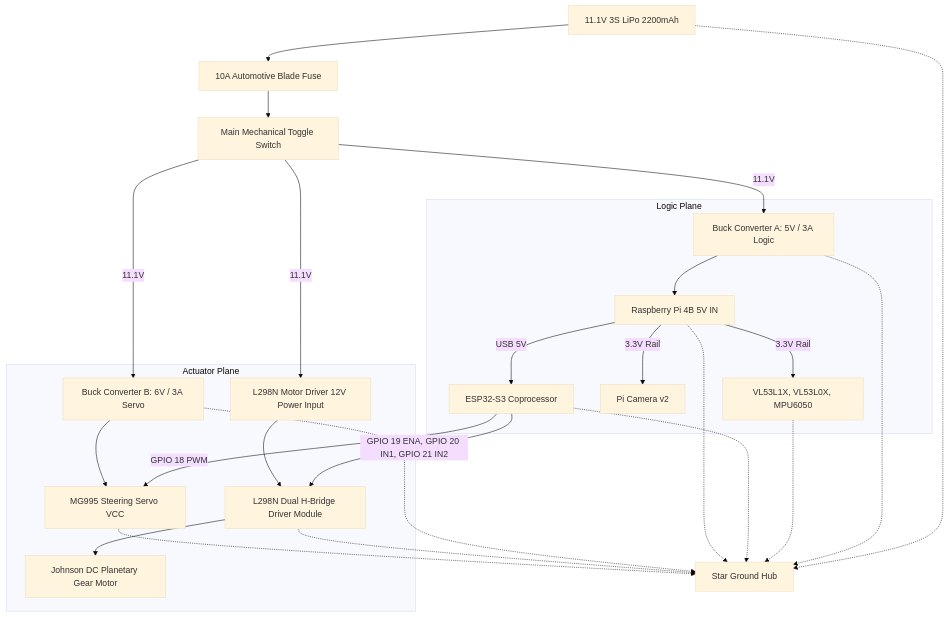
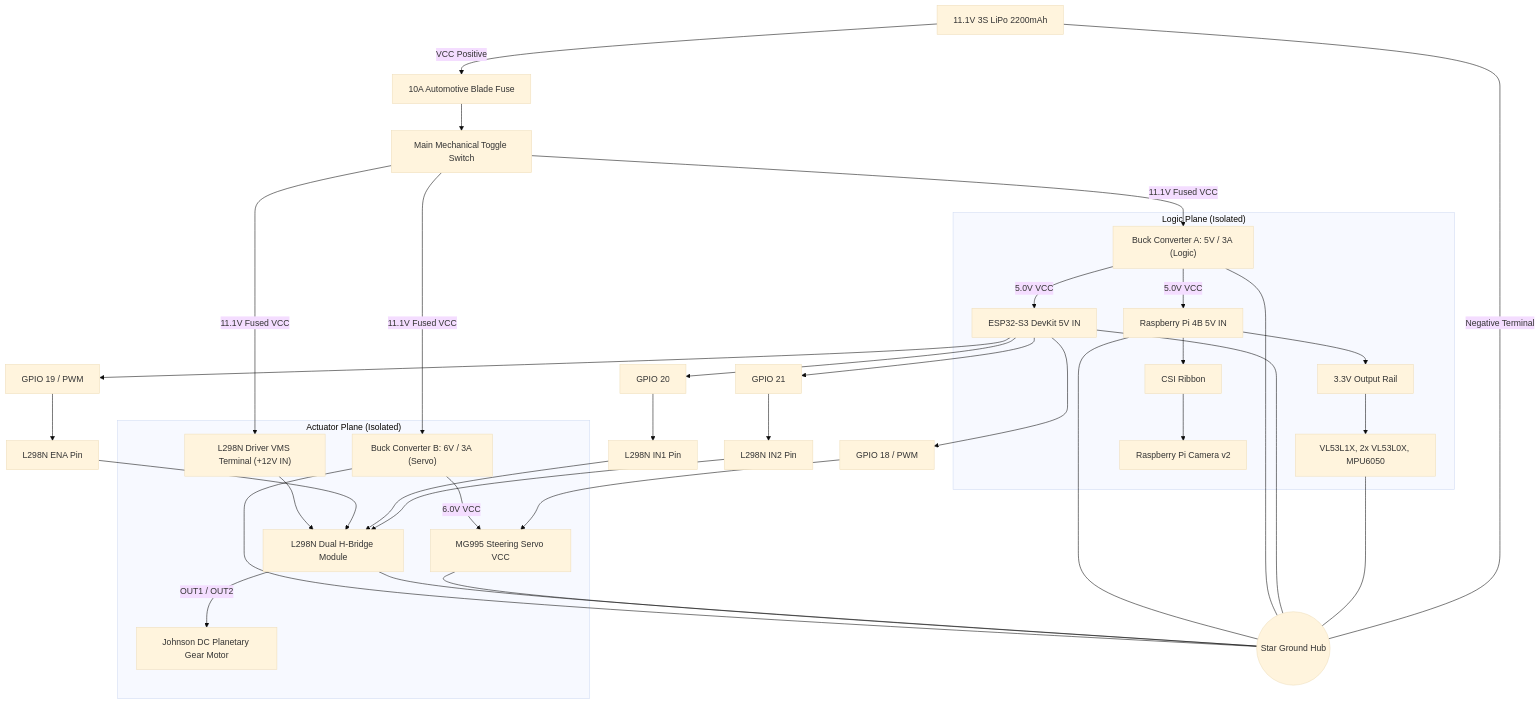
The first of 7 diagrams in docs/02_power_sense.md (SHRUT6633/car), drawn with Mermaid (base theme) before and after one commit. The commit also changed other lines of this file and 6 other files, not shown here.

````diff
--- a/docs/02_power_sense.md
+++ b/docs/02_power_sense.md
@@ -55,34 +55,56 @@
 ```mermaid
 graph TD
-    BATT[11.1V 3S LiPo 2200mAh] --> FUSE[10A Automotive Blade Fuse]
-    FUSE --> SW[Main Mechanical Toggle Switch]
+    %% Battery and Switchgear
+    BATT["11.1V 3S LiPo 2200mAh"] -->|VCC Positive| FUSE["10A Automotive Blade Fuse"]
+    FUSE --> SW["Main Mechanical Toggle Switch"]
     
-    SW -->|11.1V| BUCK_A[Buck Converter A: 5V / 3A Logic]
-    SW -->|11.1V| BUCK_B[Buck Converter B: 6V / 3A Servo]
-    SW -->|11.1V| L298N_VCC[L298N Motor Driver 12V Power Input]
+    %% Switched Power Split
+    SW -->|11.1V Fused VCC| BUCK_A["Buck Converter A: 5V / 3A (Logic)"]
+    SW -->|11.1V Fused VCC| BUCK_B["Buck Converter B: 6V / 3A (Servo)"]
+    SW -->|11.1V Fused VCC| L298N_VMS["L298N Driver VMS Terminal (+12V IN)"]
     
-    subgraph Logic Plane
-        BUCK_A --> PI[Raspberry Pi 4B 5V IN]
-        PI -->|3.3V Rail| SENSORS[VL53L1X, VL53L0X, MPU6050]
-        PI -->|3.3V Rail| CAM[Pi Camera v2]
-        PI -->|USB 5V| ESP32[ESP32-S3 Coprocessor]
+    %% Logic Plane
+    subgraph Logic_Plane ["Logic Plane (Isolated)"]
+        BUCK_A -->|5.0V VCC| RPI["Raspberry Pi 4B 5V IN"]
+        BUCK_A -->|5.0V VCC| ESP["ESP32-S3 DevKit 5V IN"]
+        
+        RPI --> RPI_3V3["3.3V Output Rail"]
+        RPI --> RPI_CSI["CSI Ribbon"]
+        
+        RPI_3V3 --> SENSORS["VL53L1X, 2x VL53L0X, MPU6050"]
+        RPI_CSI --> CAM["Raspberry Pi Camera v2"]
     end
     
-    subgraph Actuator Plane
-        BUCK_B --> SERVO[MG995 Steering Servo VCC]
-        L298N_VCC --> L298N[L298N Dual H-Bridge Driver Module]
-        L298N --> DC[Johnson DC Planetary Gear Motor]
-        ESP32 -->|GPIO 18 PWM| SERVO
-        ESP32 -->|GPIO 19 ENA, GPIO 20 IN1, GPIO 21 IN2| L298N
+    %% ESP32 Output Pins
+    ESP --> GPIO18["GPIO 18 / PWM"]
+    ESP --> GPIO19["GPIO 19 / PWM"]
+    ESP --> GPIO20["GPIO 20"]
+    ESP --> GPIO21["GPIO 21"]
+    
+    %% Actuator Plane
+    subgraph Actuator_Plane ["Actuator Plane (Isolated)"]
+        BUCK_B -->|6.0V VCC| SERVO["MG995 Steering Servo VCC"]
+        L298N_VMS --> L298N_MOD["L298N Dual H-Bridge Module"]
+        L298N_MOD -->|OUT1 / OUT2| MOTOR["Johnson DC Planetary Gear Motor"]
     end
+
+    %% Signal Connections
+    GPIO18 --> SERVO
+    GPIO19 --> L298N_ENA["L298N ENA Pin"]
+    GPIO20 --> L298N_IN1["L298N IN1 Pin"]
+    GPIO21 --> L298N_IN2["L298N IN2 Pin"]
     
-    %% Ground paths
-    PI -.-> GND_STAR[Star Ground Hub]
-    ESP32 -.-> GND_STAR
-    SENSORS -.-> GND_STAR
-    SERVO -.-> GND_STAR
-    L298N -.-> GND_STAR
-    BUCK_A -.-> GND_STAR
-    BUCK_B -.-> GND_STAR
-    BATT -.-> GND_STAR
+    L298N_ENA --> L298N_MOD
+    L298N_IN1 --> L298N_MOD
+    L298N_IN2 --> L298N_MOD
+    
+    %% Star Ground Hub
+    RPI --- STAR((Star Ground Hub))
+    BUCK_A --- STAR
+    ESP --- STAR
+    SENSORS --- STAR
+    BUCK_B --- STAR
+    SERVO --- STAR
+    L298N_MOD --- STAR
+    BATT ---|Negative Terminal| STAR
 ```
````
